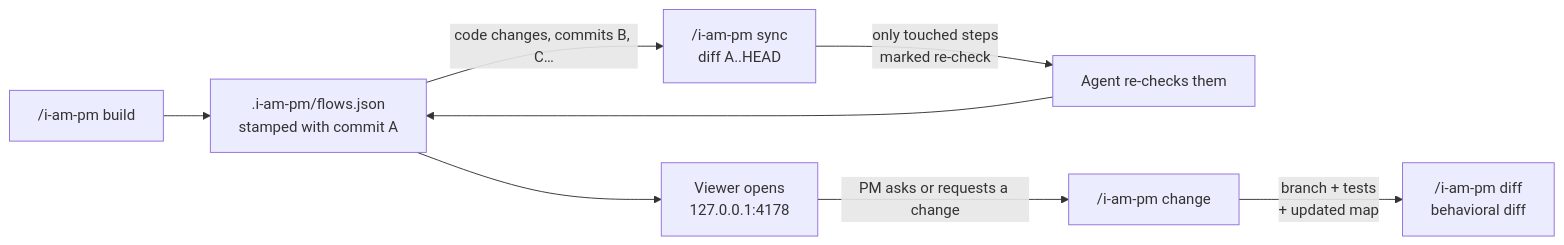
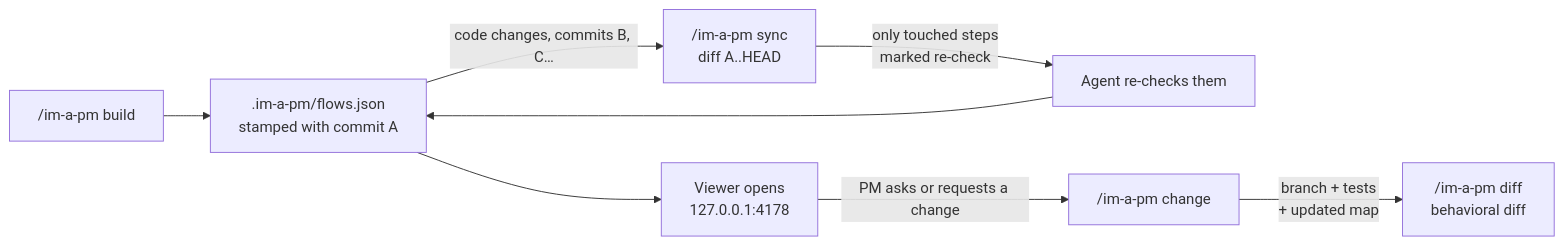
Before and after one commit to danilojpferreira/im-a-pm: the diagram in README.md, drawn with Mermaid. The commit also changed other lines of this file and 17 other files, not shown here.

````diff
--- a/README.md
+++ b/README.md
@@ -135,10 +135,10 @@
 ```mermaid
 flowchart LR
-  B["/i-am-pm build"] --> M[".i-am-pm/flows.json<br/>stamped with commit A"]
+  B["/im-a-pm build"] --> M[".im-a-pm/flows.json<br/>stamped with commit A"]
   M --> V["Viewer opens<br/>127.0.0.1:4178"]
-  M -->|code changes, commits B, C…| S["/i-am-pm sync<br/>diff A..HEAD"]
+  M -->|code changes, commits B, C…| S["/im-a-pm sync<br/>diff A..HEAD"]
   S -->|"only touched steps<br/>marked re-check"| R[Agent re-checks them]
   R --> M
-  V -->|PM asks or requests a change| C["/i-am-pm change"]
-  C -->|"branch + tests<br/>+ updated map"| D["/i-am-pm diff<br/>behavioral diff"]
+  V -->|PM asks or requests a change| C["/im-a-pm change"]
+  C -->|"branch + tests<br/>+ updated map"| D["/im-a-pm diff<br/>behavioral diff"]
 ```
````
